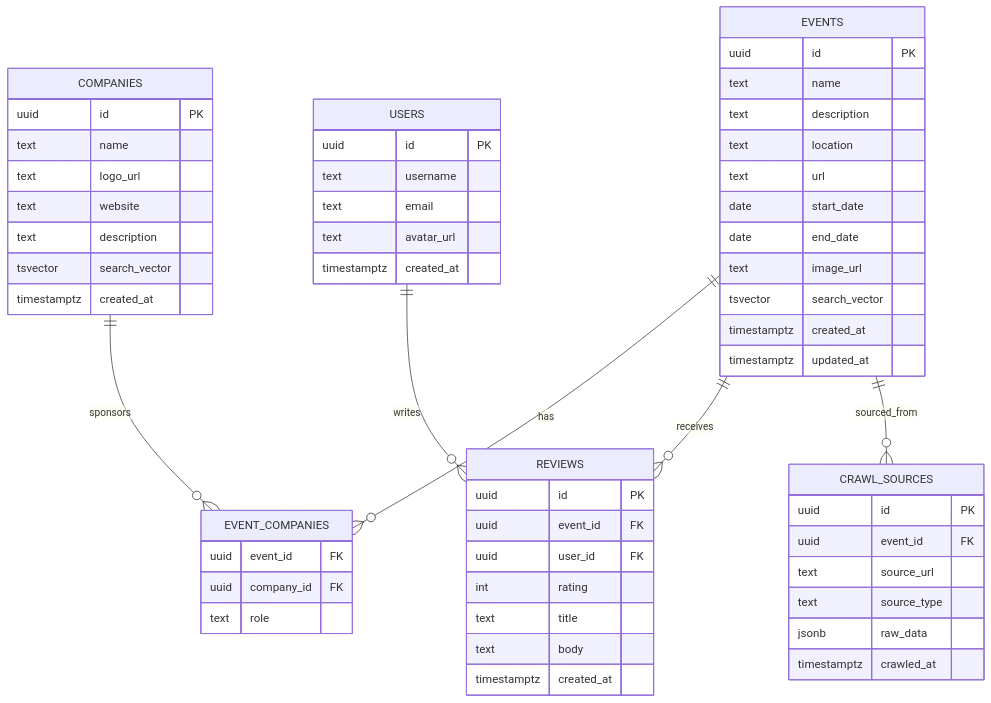
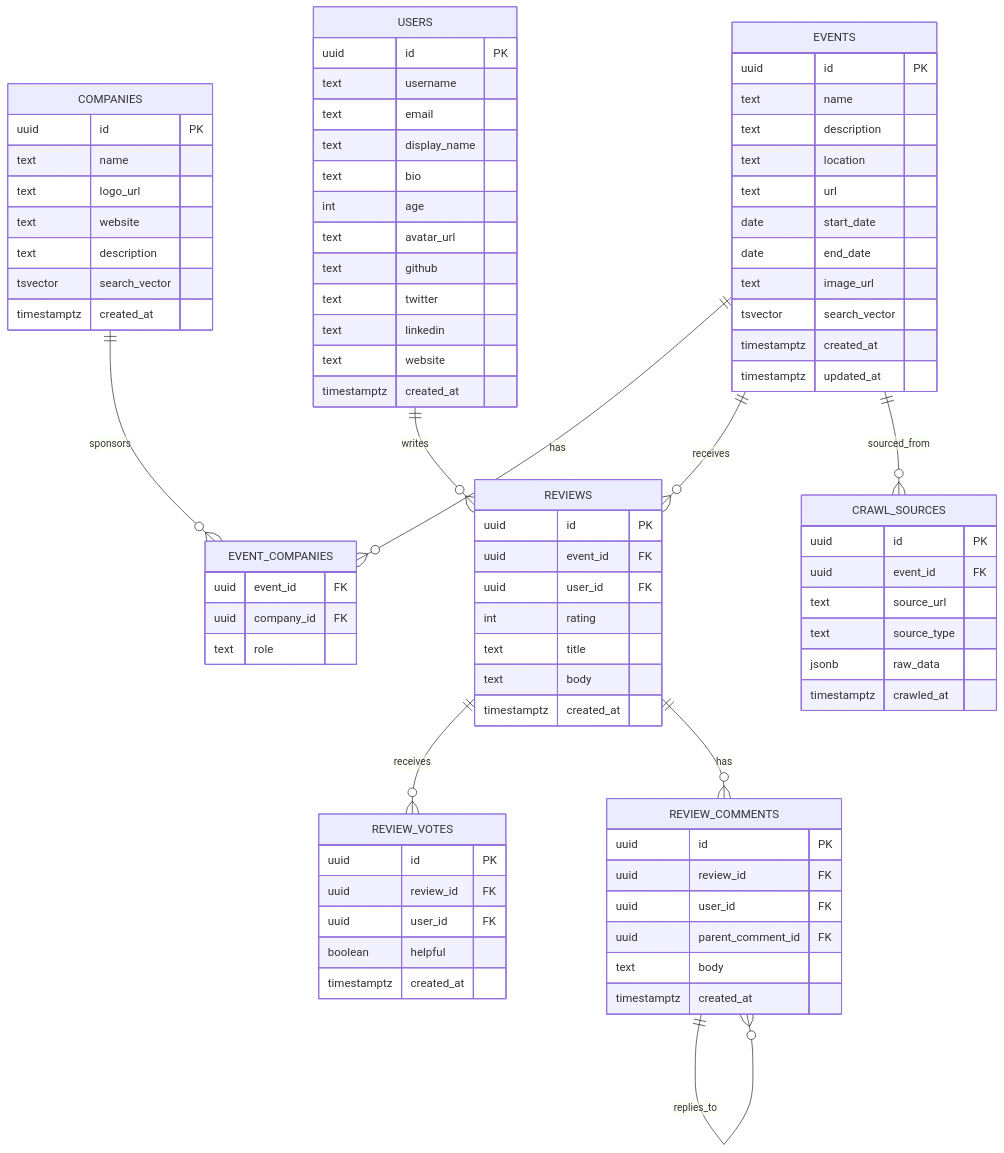
Before and after one commit to undeemed/ratemyhackathons: the diagram in README.md, drawn with Mermaid. The commit also changed other lines of this file and 8 other files, not shown here.

Commit message:
feat: schema & readme

```diff
--- a/README.md
+++ b/README.md
@@ -21,6 +21,9 @@
     USERS ||--o{ REVIEWS : writes
     EVENTS ||--o{ REVIEWS : receives
     EVENTS ||--o{ CRAWL_SOURCES : sourced_from
+    REVIEWS ||--o{ REVIEW_VOTES : receives
+    REVIEWS ||--o{ REVIEW_COMMENTS : has
+    REVIEW_COMMENTS ||--o{ REVIEW_COMMENTS : replies_to
 
     EVENTS {
         uuid id PK
@@ -50,7 +53,14 @@
         uuid id PK
         text username
         text email
+        text display_name
+        text bio
+        int age
         text avatar_url
+        text github
+        text twitter
+        text linkedin
+        text website
         timestamptz created_at
     }
 
@@ -70,6 +80,23 @@
         timestamptz created_at
     }
 
+    REVIEW_VOTES {
+        uuid id PK
+        uuid review_id FK
+        uuid user_id FK
+        boolean helpful
+        timestamptz created_at
+    }
+
+    REVIEW_COMMENTS {
+        uuid id PK
+        uuid review_id FK
+        uuid user_id FK
+        uuid parent_comment_id FK
+        text body
+        timestamptz created_at
+    }
+
     CRAWL_SOURCES {
         uuid id PK
         uuid event_id FK
```
